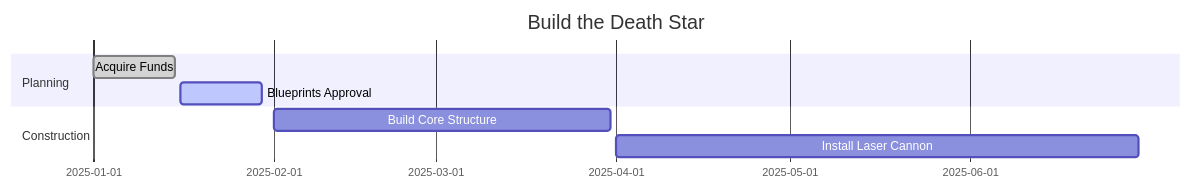
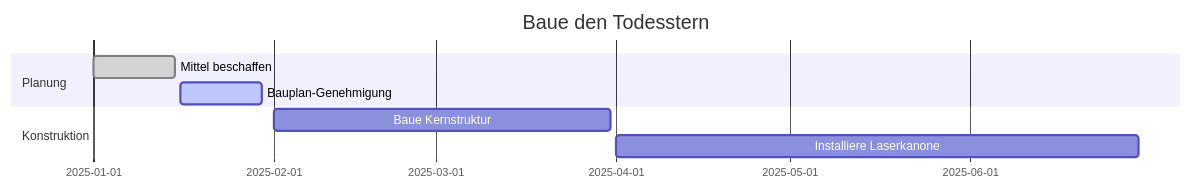
One commit to tinacms/tina-cloud-starter changed the seventh of 19 diagrams in content/posts/de/learning-about-mermaid.mdx. Above: the diagram before and after it, drawn with Mermaid. The commit also changed other lines of this file and 6 other files, not shown here.

````diff
--- a/content/posts/de/learning-about-mermaid.mdx
+++ b/content/posts/de/learning-about-mermaid.mdx
@@ -132,11 +130,11 @@
 ```mermaid
 gantt
-    title Build the Death Star
+    title Baue den Todesstern
     dateFormat  YYYY-MM-DD
-    section Planning
-    Acquire Funds        :done, a1, 2025-01-01, 2025-01-15
-    Blueprints Approval  :active, a2, 2025-01-16, 2025-01-30
-    section Construction
-    Build Core Structure :b1, 2025-02-01, 2025-03-31
-    Install Laser Cannon :b2, 2025-04-01, 2025-06-30
+    section Planung
+    Mittel beschaffen       :done, a1, 2025-01-01, 2025-01-15
+    Bauplan-Genehmigung     :active, a2, 2025-01-16, 2025-01-30
+    section Konstruktion
+    Baue Kernstruktur      :b1, 2025-02-01, 2025-03-31
+    Installiere Laserkanone :b2, 2025-04-01, 2025-06-30
 ```
````
